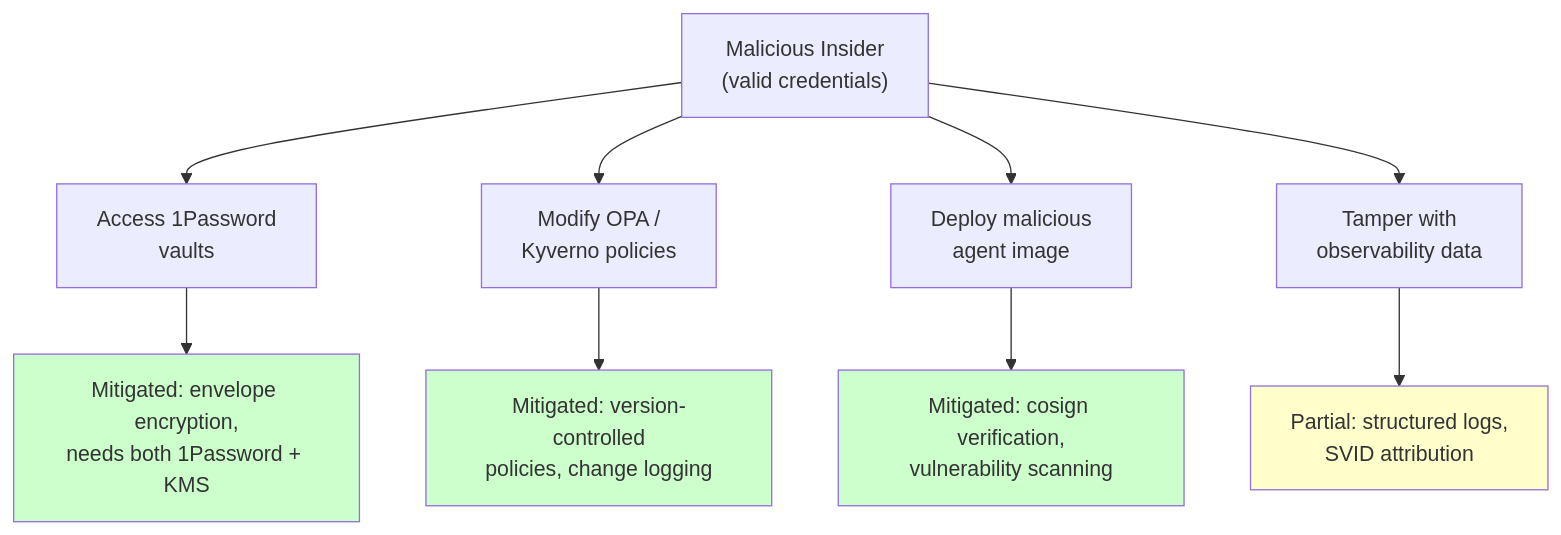
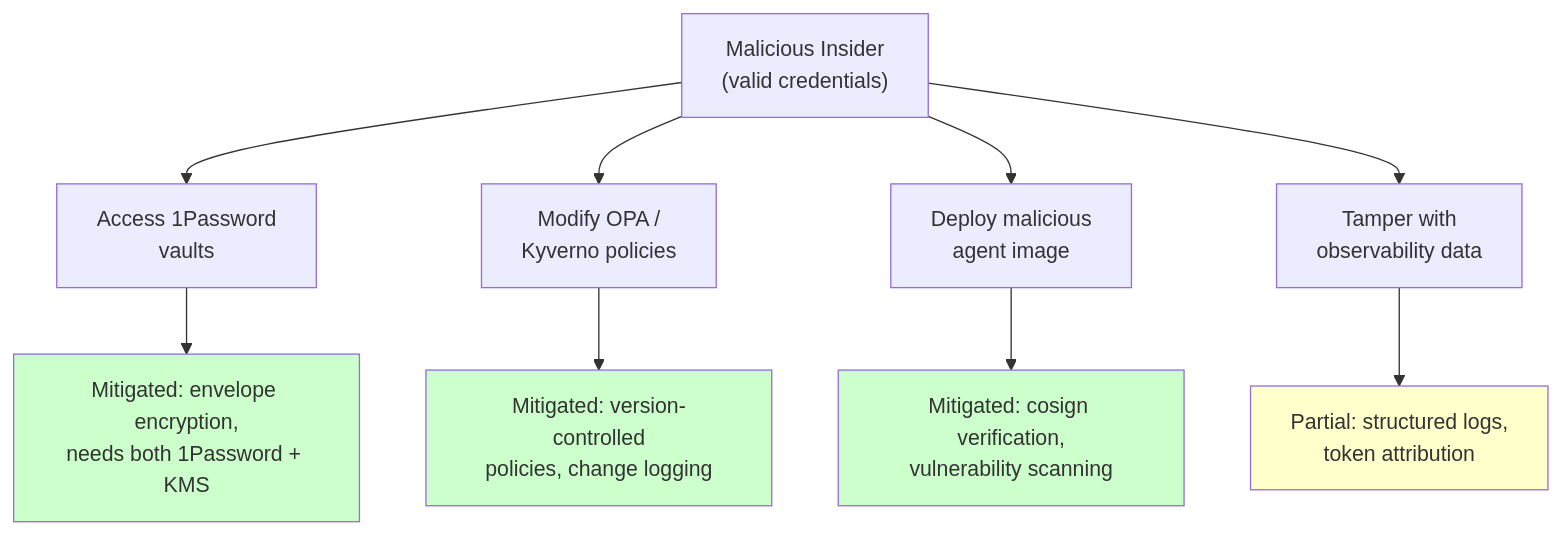
One commit to neverprepared/ink-bunny changed the second of 5 diagrams in docs/persona_agentic/PHASE_2/arch-threat-model.md. Above: the diagram before and after it, drawn with Mermaid. The commit also changed other lines of this file and 17 other files, not shown here.

````diff
--- a/docs/persona_agentic/PHASE_2/arch-threat-model.md
+++ b/docs/persona_agentic/PHASE_2/arch-threat-model.md
@@ -43,19 +43,19 @@
 ```mermaid
 graph TD
     Insider["Malicious Insider<br/>(valid credentials)"]
 
     Insider --> StealSecrets["Access 1Password<br/>vaults"]
     Insider --> ModifyPolicy["Modify OPA /<br/>Kyverno policies"]
     Insider --> InjectAgent["Deploy malicious<br/>agent image"]
     Insider --> TamperLogs["Tamper with<br/>observability data"]
 
     StealSecrets --> SecretControl2["Mitigated: envelope encryption,<br/>needs both 1Password + KMS"]
     ModifyPolicy --> PolicyControl["Mitigated: version-controlled<br/>policies, change logging"]
     InjectAgent --> ImageControl["Mitigated: cosign verification,<br/>vulnerability scanning"]
-    TamperLogs --> LogControl["Partial: structured logs,<br/>SVID attribution"]
+    TamperLogs --> LogControl["Partial: structured logs,<br/>token attribution"]
 
     style SecretControl2 fill:#cfc
     style PolicyControl fill:#cfc
     style ImageControl fill:#cfc
     style LogControl fill:#ffc
 ```
````
